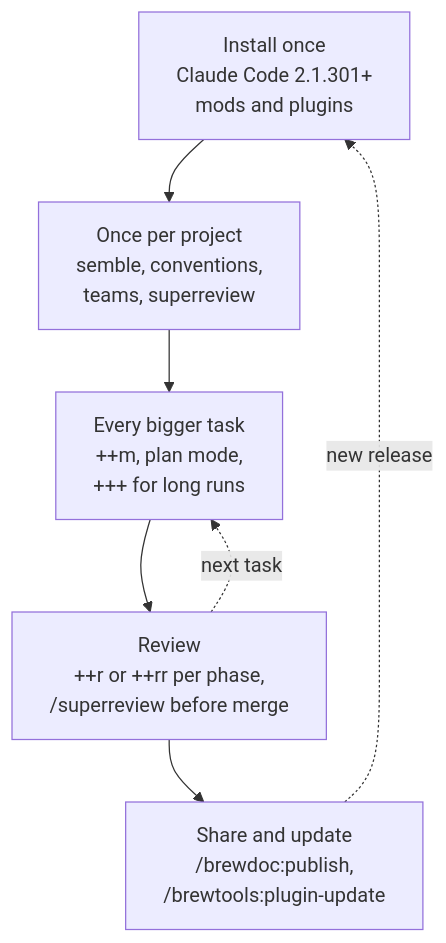
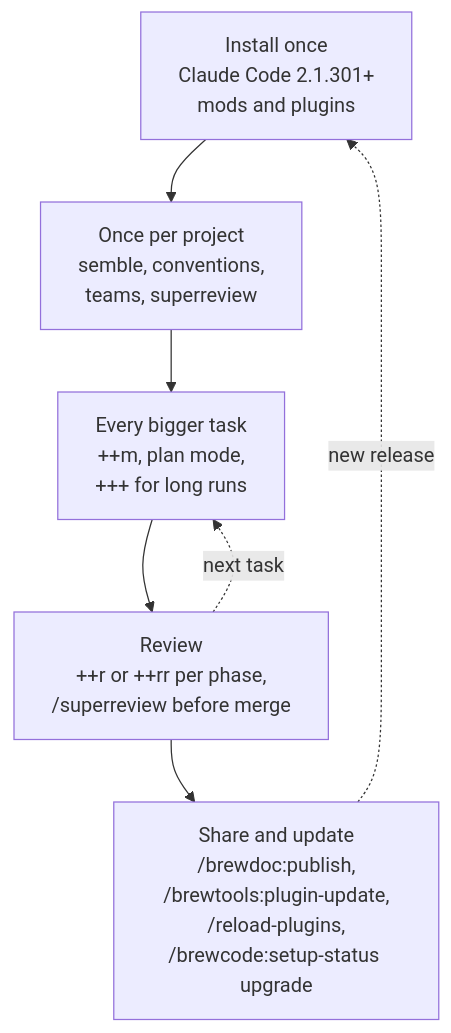
Before and after one commit to kochetkov-ma/claude-brewcode: the diagram in README.md, drawn with Mermaid. The commit also changed other lines of this file and 586 other files, not shown here.

Commit message:
feat(release): v6.10.0 one-shot plugin update, setup-status upgrade, my-claude refresh

````diff
--- a/README.md
+++ b/README.md
@@ -152,9 +159,9 @@
 ```mermaid
 flowchart TD
     A["Install once<br/>Claude Code 2.1.301+<br/>mods and plugins"] --> B["Once per project<br/>semble, conventions,<br/>teams, superreview"]
     B --> C["Every bigger task<br/>++m, plan mode,<br/>+++ for long runs"]
     C --> D["Review<br/>++r or ++rr per phase,<br/>/superreview before merge"]
-    D --> E["Share and update<br/>/brewdoc:publish,<br/>/brewtools:plugin-update"]
+    D --> E["Share and update<br/>/brewdoc:publish,<br/>/brewtools:plugin-update,<br/>/reload-plugins,<br/>/brewcode:setup-status upgrade"]
     D -. "next task" .-> C
     E -. "new release" .-> A
 ```
````
